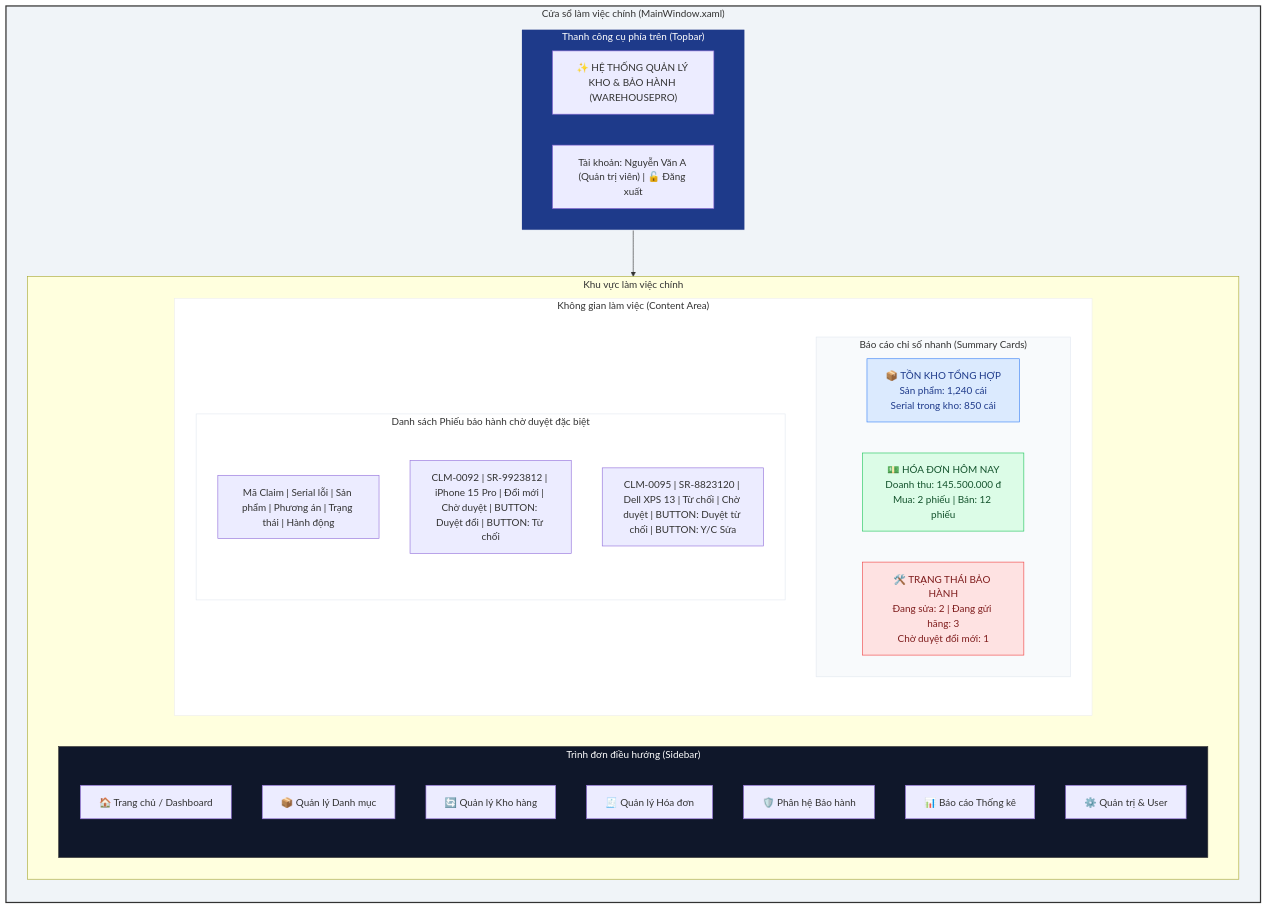
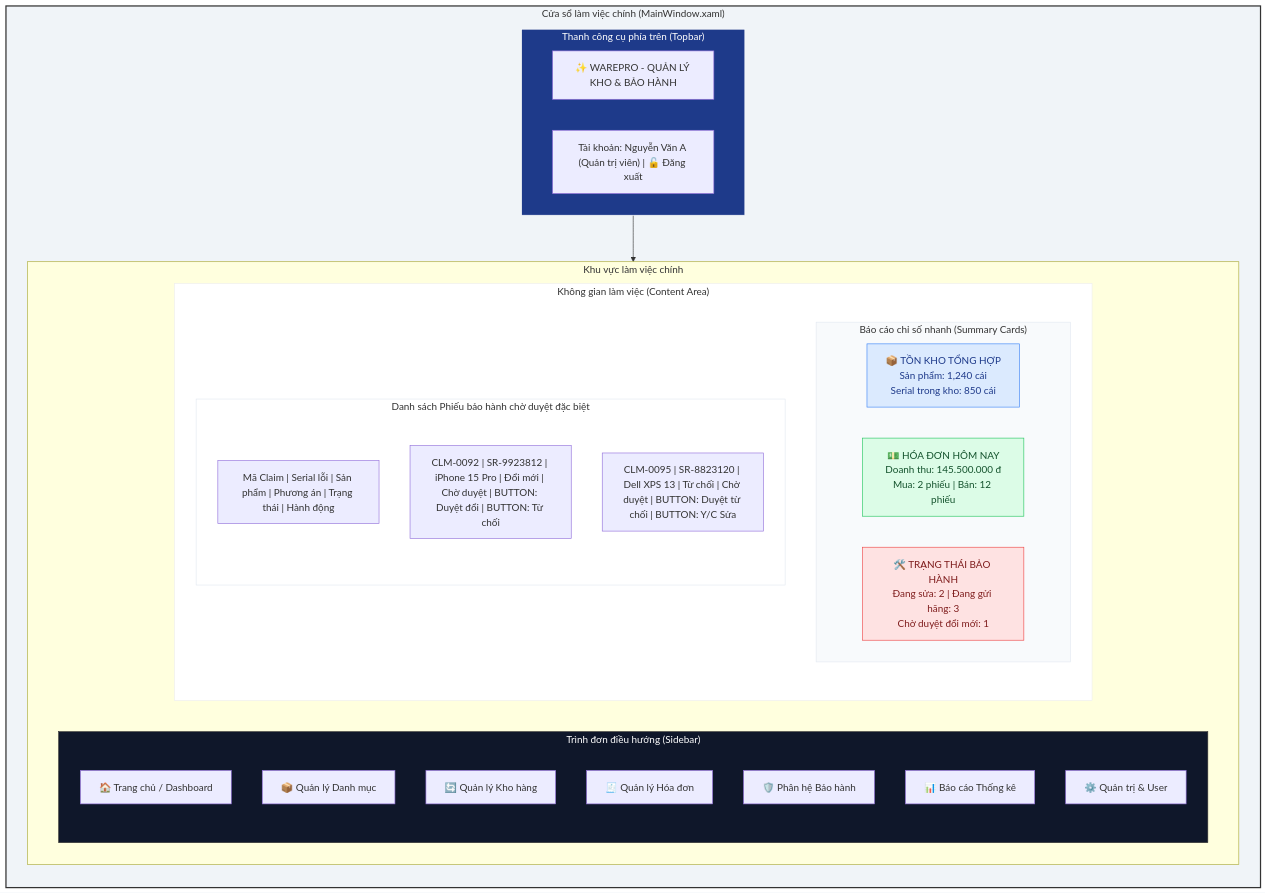
The diagram in Diagram/mermaid/Wireframe_Dashboard_XuatKho.mermaid (TheGiver262/WarePro), drawn with Mermaid before and after one commit. The commit also changed 30 other files, not shown here.

```diff
--- a/Diagram/mermaid/Wireframe_Dashboard_XuatKho.mermaid
+++ b/Diagram/mermaid/Wireframe_Dashboard_XuatKho.mermaid
@@ -1,61 +1,61 @@
 flowchart TD
     subgraph MainWindow["Cửa sổ làm việc chính (MainWindow.xaml)"]
         direction TB
         
         %% Thanh Topbar
         subgraph Topbar["Thanh công cụ phía trên (Topbar)"]
-            Title["✨ HỆ THỐNG QUẢN LÝ KHO & BẢO HÀNH (WAREHOUSEPRO)"]
+            Title["✨ WAREPRO - QUẢN LÝ KHO & BẢO HÀNH"]
             UserContext["Tài khoản: Nguyễn Văn A (Quản trị viên) | 🔓 Đăng xuất"]
         end
 
         %% Khu vực thân ứng dụng
         subgraph Body["Khu vực làm việc chính"]
             direction LR
             
             %% Sidebar
             subgraph Sidebar["Trình đơn điều hướng (Sidebar)"]
                 direction TB
                 Menu_Home["🏠 Trang chủ / Dashboard"]
                 Menu_Cat["📦 Quản lý Danh mục"]
                 Menu_Stock["🔄 Quản lý Kho hàng"]
                 Menu_Inv["🧾 Quản lý Hóa đơn"]
                 Menu_Warr["🛡️ Phân hệ Bảo hành"]
                 Menu_Rep["📊 Báo cáo Thống kê"]
                 Menu_User["⚙️ Quản trị & User"]
             end
 
             %% Workspace Content
             subgraph Workspace["Không gian làm việc (Content Area)"]
                 direction TB
                 
                 %% Widgets
                 subgraph Widgets["Báo cáo chỉ số nhanh (Summary Cards)"]
                     direction LR
                     W_Stock["📦 TỒN KHO TỔNG HỢP<br/>Sản phẩm: 1,240 cái<br/>Serial trong kho: 850 cái"]
                     W_Sales["💵 HÓA ĐƠN HÔM NAY<br/>Doanh thu: 145.500.000 đ<br/>Mua: 2 phiếu | Bán: 12 phiếu"]
                     W_Warr["🛠️ TRẠNG THÁI BẢO HÀNH<br/>Đang sửa: 2 | Đang gửi hãng: 3<br/>Chờ duyệt đổi mới: 1"]
                 end
                 
                 %% Main Table
                 subgraph TableArea["Danh sách Phiếu bảo hành chờ duyệt đặc biệt"]
                     direction TB
                     HeaderRow["Mã Claim | Serial lỗi | Sản phẩm | Phương án | Trạng thái | Hành động"]
                     Row1["CLM-0092 | SR-9923812 | iPhone 15 Pro | Đổi mới | Chờ duyệt | BUTTON: Duyệt đổi | BUTTON: Từ chối"]
                     Row2["CLM-0095 | SR-8823120 | Dell XPS 13 | Từ chối | Chờ duyệt | BUTTON: Duyệt từ chối | BUTTON: Y/C Sửa"]
                 end
             end
         end
         
         Topbar --> Body
     end
 
     %% Định dạng CSS cho UI trực quan
     style MainWindow fill:#f0f4f8,stroke:#333,stroke-width:2px
     style Topbar fill:#1e3a8a,stroke:#fff,color:#fff
     style Sidebar fill:#0f172a,stroke:#333,color:#fff
     style Workspace fill:#ffffff,stroke:#eee
     style Widgets fill:#f8fafc,stroke:#e2e8f0
     style TableArea fill:#ffffff,stroke:#e2e8f0
     style W_Stock fill:#dbeafe,stroke:#3b82f6,color:#1e3a8a
     style W_Sales fill:#dcfce7,stroke:#22c55e,color:#14532d
     style W_Warr fill:#fee2e2,stroke:#ef4444,color:#7f1d1d
```
